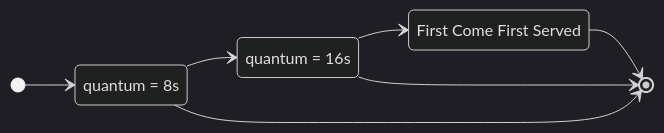
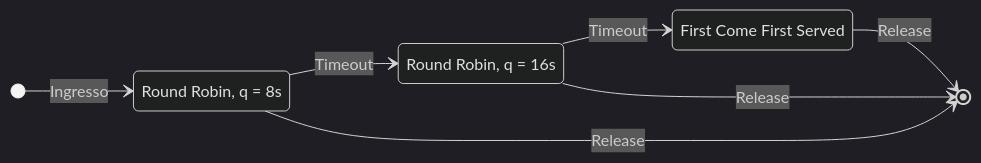
Diagram 18 of 18 in docs/Anno_I/Architettura_degli_Elaboratori_e_Sistemi_Operativi/notes/SO1_so_gestione_processi_scheduling.md (sravioli/temp-L31), drawn with Mermaid (dark theme) before and after one commit. The commit also changed other lines of this file, not shown here.

First line of the commit message:
fix(docs): general syntax fix, add various mermaid charts

````diff
--- a/docs/Anno_I/Architettura_degli_Elaboratori_e_Sistemi_Operativi/notes/SO1_so_gestione_processi_scheduling.md
+++ b/docs/Anno_I/Architettura_degli_Elaboratori_e_Sistemi_Operativi/notes/SO1_so_gestione_processi_scheduling.md
@@ -881,14 +1053,14 @@
 ```mermaid
 stateDiagram-v2
     direction LR
-    q8: quantum = 8s
-    q16: quantum = 16s
+    q8: Round Robin, q = 8s
+    q16: Round Robin, q = 16s
     fcfs: First Come First Served
 
-    [*] --> q8
-    q8 --> q16
-    q16 --> fcfs
-    fcfs --> [*]
-    q16 --> [*]
-    q8 --> [*]
+    [*] --> q8: Ingresso
+    q8 --> q16: Timeout
+    q16 --> fcfs: Timeout
+    fcfs --> [*]: Release
+    q16 --> [*]: Release
+    q8 --> [*]: Release
 ```
````
